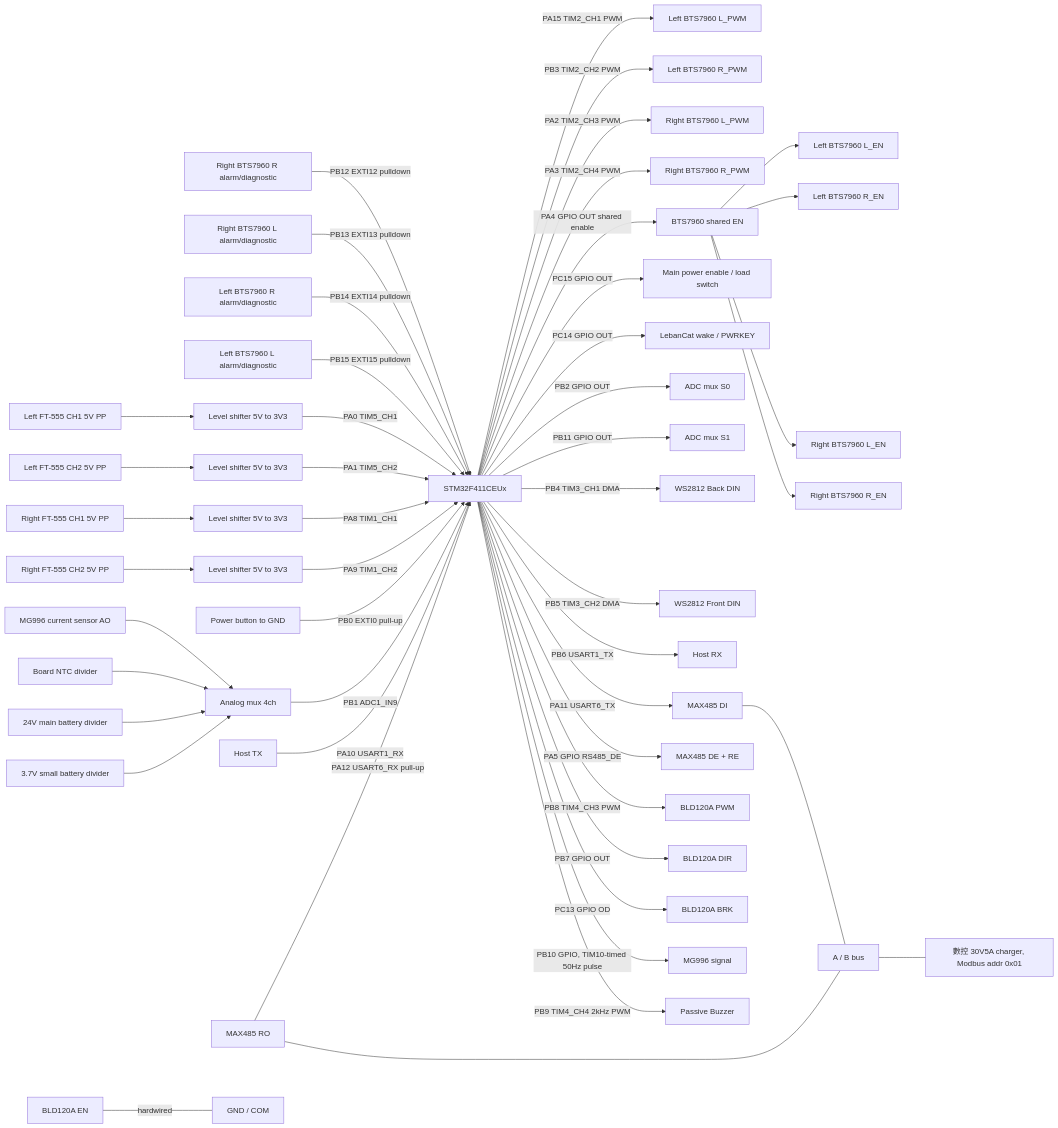
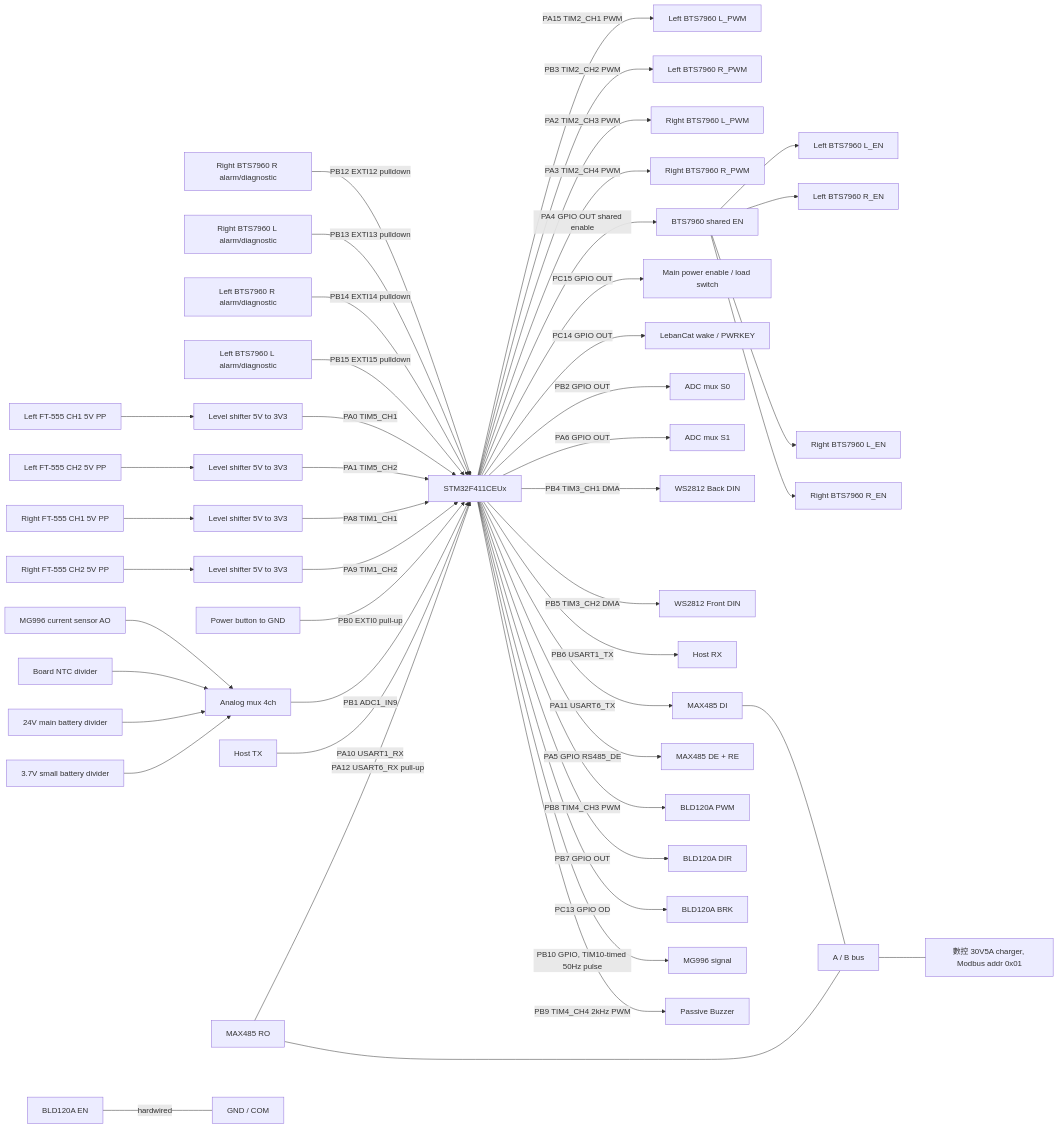
One commit to edwards414/mower_path_planning changed the diagram in wire.md. Above: the diagram before and after it, drawn with Mermaid. The commit also changed other lines of this file and 3 other files, not shown here.

First line of the commit message:
Move ADC mux S1 from PB11 to PA6: PB11 does not exist on the UFQFPN48 part

````diff
--- a/wire.md
+++ b/wire.md
@@ -57,61 +57,61 @@
 ```mermaid
 flowchart LR
   STM32[STM32F411CEUx]
 
   STM32 -->|PA15 TIM2_CH1 PWM| L_BTS_LPWM[Left BTS7960 L_PWM]
   STM32 -->|PB3 TIM2_CH2 PWM| L_BTS_RPWM[Left BTS7960 R_PWM]
   STM32 -->|PA2 TIM2_CH3 PWM| R_BTS_LPWM[Right BTS7960 L_PWM]
   STM32 -->|PA3 TIM2_CH4 PWM| R_BTS_RPWM[Right BTS7960 R_PWM]
 
   STM32 -->|PA4 GPIO OUT shared enable| BTS_EN[BTS7960 shared EN]
   BTS_EN --> L_BTS_LEN[Left BTS7960 L_EN]
   BTS_EN --> L_BTS_REN[Left BTS7960 R_EN]
   BTS_EN --> R_BTS_LEN[Right BTS7960 L_EN]
   BTS_EN --> R_BTS_REN[Right BTS7960 R_EN]
 
   R_BTS_RALM[Right BTS7960 R alarm/diagnostic] -->|PB12 EXTI12 pulldown| STM32
   R_BTS_LALM[Right BTS7960 L alarm/diagnostic] -->|PB13 EXTI13 pulldown| STM32
   L_BTS_RALM[Left BTS7960 R alarm/diagnostic] -->|PB14 EXTI14 pulldown| STM32
   L_BTS_LALM[Left BTS7960 L alarm/diagnostic] -->|PB15 EXTI15 pulldown| STM32
 
   FT555_L1[Left FT-555 CH1 5V PP] --> L_LVL1[Level shifter 5V to 3V3]
   FT555_L2[Left FT-555 CH2 5V PP] --> L_LVL2[Level shifter 5V to 3V3]
   FT555_R1[Right FT-555 CH1 5V PP] --> R_LVL1[Level shifter 5V to 3V3]
   FT555_R2[Right FT-555 CH2 5V PP] --> R_LVL2[Level shifter 5V to 3V3]
   L_LVL1 -->|PA0 TIM5_CH1| STM32
   L_LVL2 -->|PA1 TIM5_CH2| STM32
   R_LVL1 -->|PA8 TIM1_CH1| STM32
   R_LVL2 -->|PA9 TIM1_CH2| STM32
 
   PWR_BTN[Power button to GND] -->|PB0 EXTI0 pull-up| STM32
   STM32 -->|PC15 GPIO OUT| MAIN_PWR_EN[Main power enable / load switch]
   STM32 -->|PC14 GPIO OUT| LEBANCAT_WAKE[LebanCat wake / PWRKEY]
 
   STM32 -->|PB2 GPIO OUT| ADC_MUX_S0[ADC mux S0]
-  STM32 -->|PB11 GPIO OUT| ADC_MUX_S1[ADC mux S1]
+  STM32 -->|PA6 GPIO OUT| ADC_MUX_S1[ADC mux S1]
   CURRENT_SENSOR[MG996 current sensor AO] --> ADC_MUX[Analog mux 4ch]
   BOARD_NTC[Board NTC divider] --> ADC_MUX
   MAIN_BAT[24V main battery divider] --> ADC_MUX
   AON_BAT[3.7V small battery divider] --> ADC_MUX
   ADC_MUX -->|PB1 ADC1_IN9| STM32
 
   STM32 -->|PB4 TIM3_CH1 DMA| LED_BACK[WS2812 Back DIN]
   STM32 -->|PB5 TIM3_CH2 DMA| LED_FRONT[WS2812 Front DIN]
 
   STM32 -->|PB6 USART1_TX| HOST_RX[Host RX]
   HOST_TX[Host TX] -->|PA10 USART1_RX| STM32
 
   STM32 -->|PA11 USART6_TX| MAX485_DI[MAX485 DI]
   MAX485_RO[MAX485 RO] -->|PA12 USART6_RX pull-up| STM32
   STM32 -->|PA5 GPIO RS485_DE| MAX485_DE[MAX485 DE + RE]
   MAX485_DI --- RS485_AB[A / B bus]
   MAX485_RO --- RS485_AB
   RS485_AB --- CHARGER[數控 30V5A charger, Modbus addr 0x01]
 
   STM32 -->|PB8 TIM4_CH3 PWM| BLD120A_PWM[BLD120A PWM]
   STM32 -->|PB7 GPIO OUT| BLD120A_DIR[BLD120A DIR]
   STM32 -->|PC13 GPIO OD| BLD120A_BRK[BLD120A BRK]
   BLD120A_EN[BLD120A EN] ---|hardwired| GND_BLD[GND / COM]
   STM32 -->|PB10 GPIO, TIM10-timed 50Hz pulse| MG996_SIG[MG996 signal]
   STM32 -->|PB9 TIM4_CH4 2kHz PWM| BUZZER[Passive Buzzer]
 ```
````
